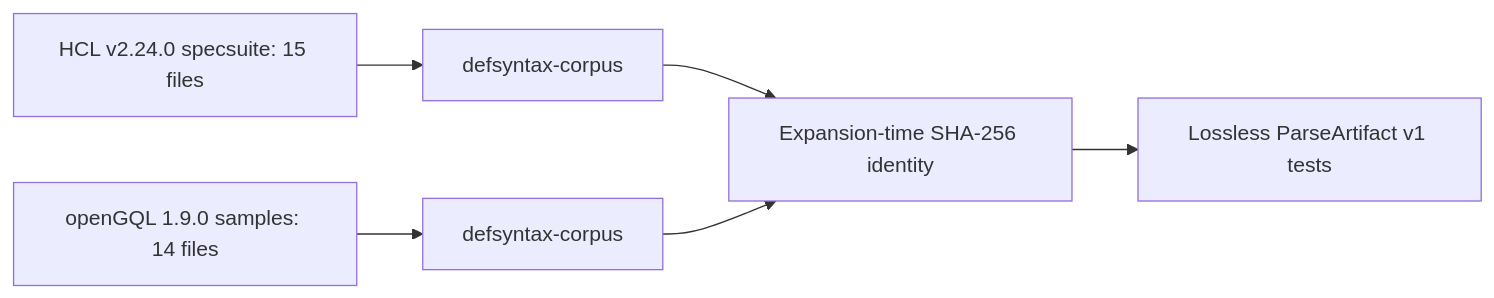
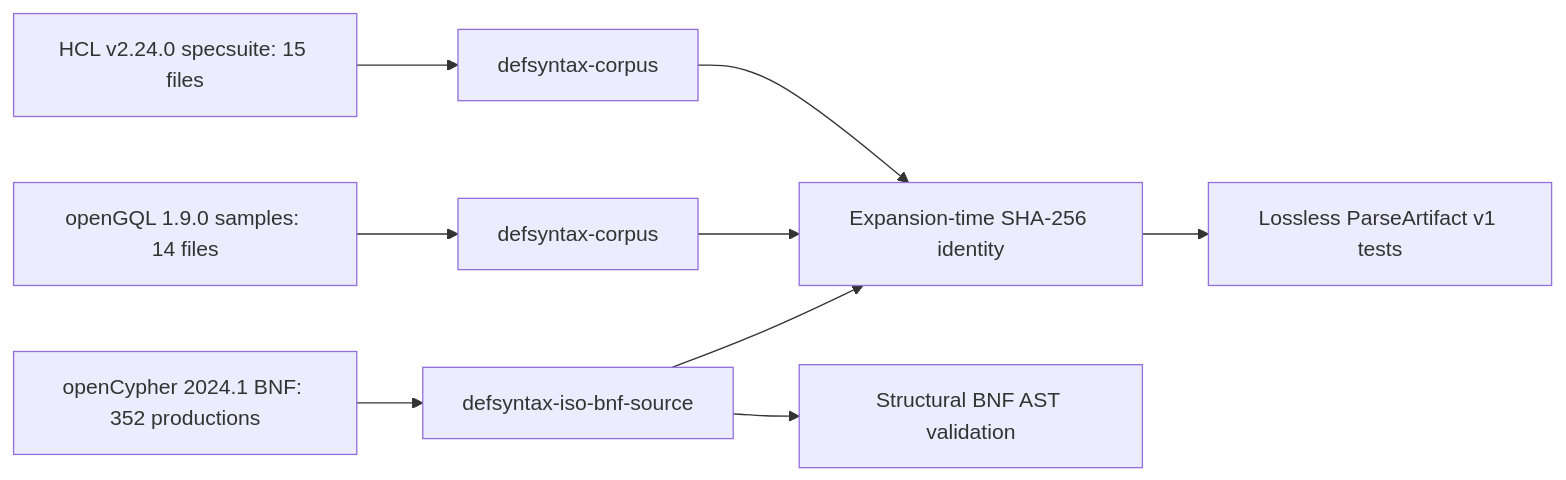
The diagram in docs/audit/upstream-corpus-provenance.org (tao3k/gerbil-parser), drawn with Mermaid before and after one commit. The commit also changed other lines of this file and 19 other files, not shown here.

```diff
--- a/docs/audit/upstream-corpus-provenance.org
+++ b/docs/audit/upstream-corpus-provenance.org
@@ -14,8 +22,11 @@
 #+begin_src mermaid
 flowchart LR
   H[HCL v2.24.0 specsuite: 15 files] --> HM[defsyntax-corpus]
   G[openGQL 1.9.0 samples: 14 files] --> GM[defsyntax-corpus]
+  C[openCypher 2024.1 BNF: 352 productions] --> CM[defsyntax-iso-bnf-source]
   HM --> D[Expansion-time SHA-256 identity]
   GM --> D
+  CM --> D
+  CM --> B[Structural BNF AST validation]
   D --> P[Lossless ParseArtifact v1 tests]
 #+end_src
```
